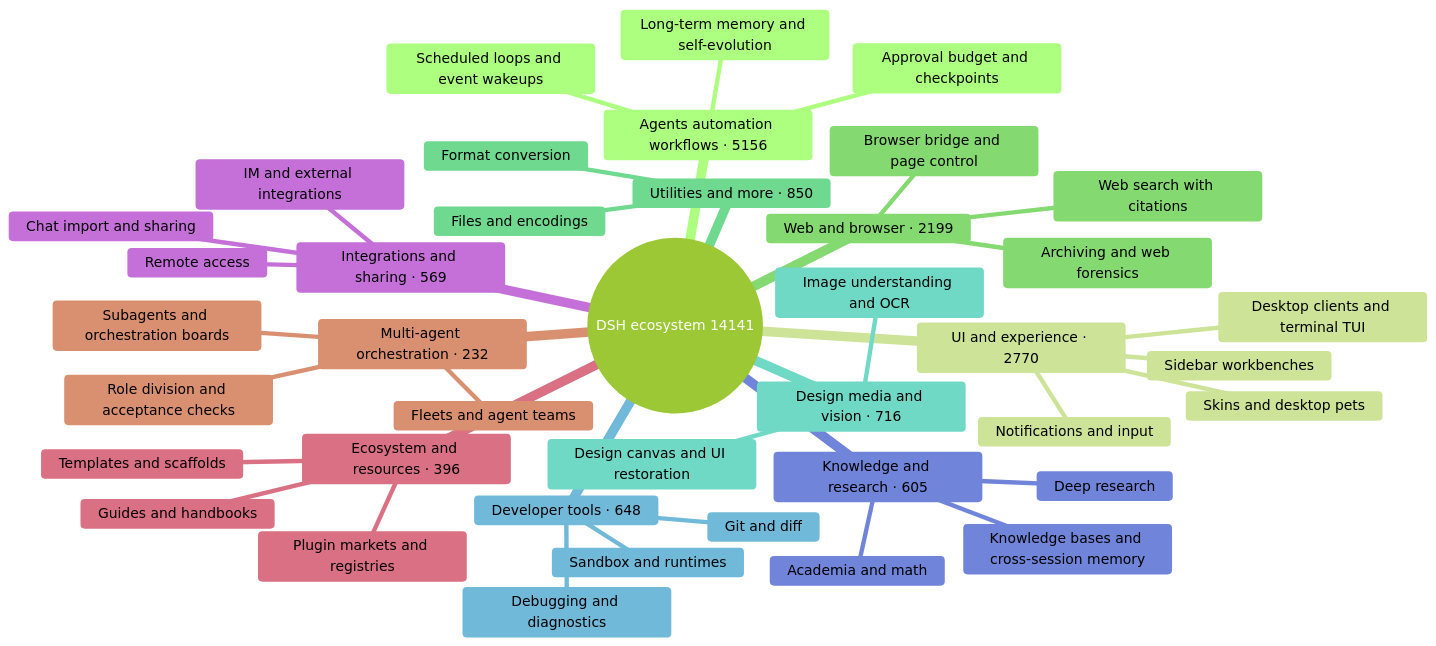
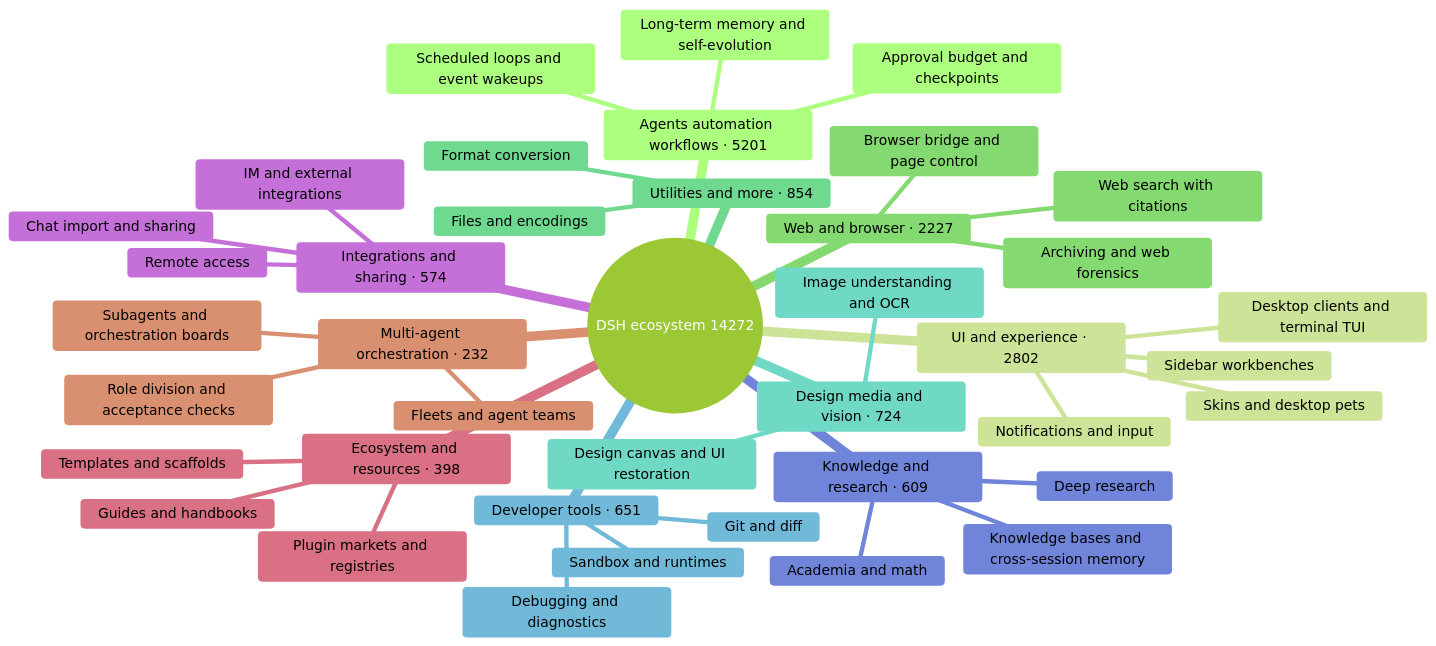
The diagram in README_EN.md (bruc3van/awesome-dsh-plugin), drawn with Mermaid (forest theme) before and after one commit. The commit also changed other lines of this file and 20 other files, not shown here.

````diff
--- a/README_EN.md
+++ b/README_EN.md
@@ -16,43 +16,43 @@
 ```mermaid
 mindmap
-  root((DSH ecosystem 14141))
-    Agents automation workflows · 5156
+  root((DSH ecosystem 14272))
+    Agents automation workflows · 5201
       Scheduled loops and event wakeups
       Long-term memory and self-evolution
       Approval budget and checkpoints
-    UI and experience · 2770
+    UI and experience · 2802
       Desktop clients and terminal TUI
       Sidebar workbenches
       Skins and desktop pets
       Notifications and input
-    Web and browser · 2199
+    Web and browser · 2227
       Browser bridge and page control
       Web search with citations
       Archiving and web forensics
-    Utilities and more · 850
+    Utilities and more · 854
       Files and encodings
       Format conversion
-    Design media and vision · 716
+    Design media and vision · 724
       Image understanding and OCR
       Design canvas and UI restoration
-    Developer tools · 648
+    Developer tools · 651
       Git and diff
       Sandbox and runtimes
       Debugging and diagnostics
-    Knowledge and research · 605
+    Knowledge and research · 609
       Knowledge bases and cross-session memory
       Deep research
       Academia and math
-    Integrations and sharing · 569
+    Integrations and sharing · 574
       Chat import and sharing
       Remote access
       IM and external integrations
-    Ecosystem and resources · 396
+    Ecosystem and resources · 398
       Plugin markets and registries
       Templates and scaffolds
       Guides and handbooks
     Multi-agent orchestration · 232
       Subagents and orchestration boards
       Fleets and agent teams
       Role division and acceptance checks
 ```
````
